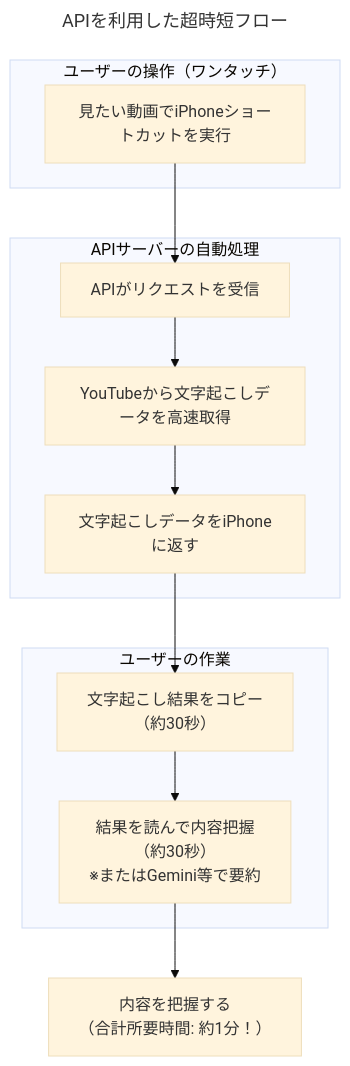
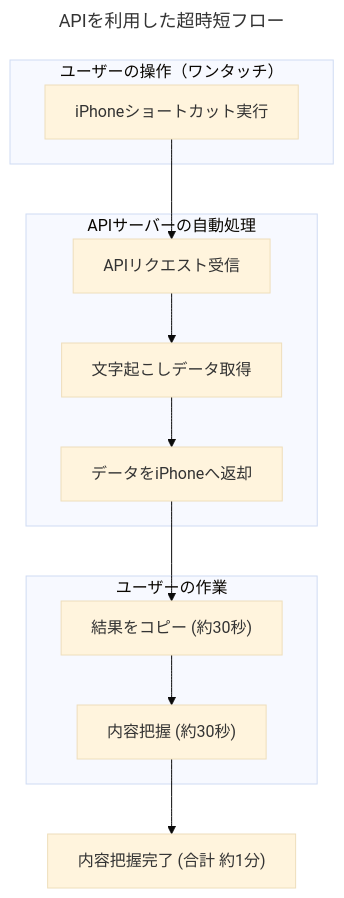
Before and after one commit to hirokun-hub/youtube_summary_api: the second of 3 diagrams in docs/【出力】開発_YouTube動画時短要約術.md, drawn with Mermaid (base theme). The commit also changed other lines of this file, not shown here.

Commit message:
docs: YouTube動画の手動視聴フローを簡略化し、API利用時の処理フローを明確化

````diff
--- a/docs/【出力】開発_YouTube動画時短要約術.md
+++ b/docs/【出力】開発_YouTube動画時短要約術.md
@@ -53,24 +53,23 @@
 ```mermaid
 ---
 title: "APIを利用した超時短フロー"
 ---
 flowchart TD
     subgraph "ユーザーの操作（ワンタッチ）"
-        A["見たい動画でiPhoneショートカットを実行"]
+        A["iPhoneショートカット実行"]
     end
     
     subgraph "APIサーバーの自動処理"
-        B["APIがリクエストを受信"]
-        C["YouTubeから文字起こしデータを高速取得"]
-        D["文字起こしデータをiPhoneに返す"]
+        B["APIリクエスト受信"]
+        C["文字起こしデータ取得"]
+        D["データをiPhoneへ返却"]
     end
 
     subgraph "ユーザーの作業"
-        E["文字起こし結果をコピー<br>（約30秒）"]
-        F["結果を読んで内容把握<br>（約30秒）<br>※またはGemini等で要約"]
+        E["結果をコピー (約30秒)"]
+        F["内容把握 (約30秒)"]
     end
 
     A --> B --> C --> D --> E --> F;
-    F --> G["内容を把握する<br>（合計所要時間: 約1分！）"];
-
+    F --> G["内容把握完了 (合計 約1分)"];
 ```
````
